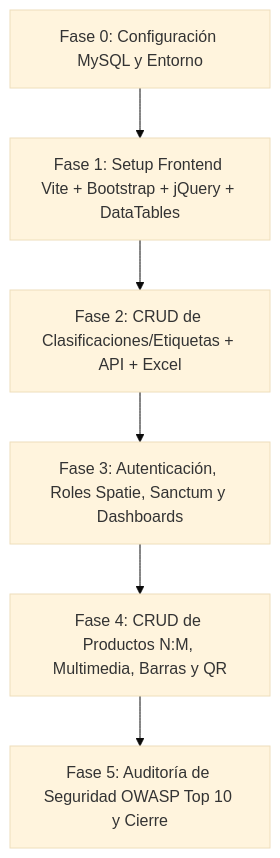
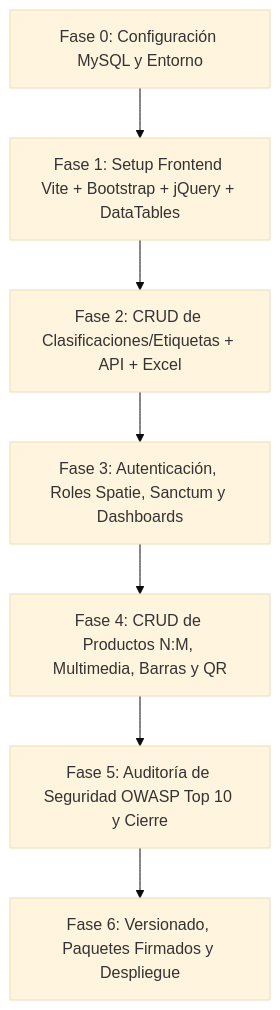
Before and after one commit to amendezm2009/proy03armando: the diagram in README.md, drawn with Mermaid (base theme). The commit also changed other lines of this file and 26 other files, not shown here.

````diff
--- a/README.md
+++ b/README.md
@@ -37,8 +37,9 @@
 ```mermaid
 flowchart TD
     F0[Fase 0: Configuración MySQL y Entorno] --> F1[Fase 1: Setup Frontend Vite + Bootstrap + jQuery + DataTables]
     F1 --> F2[Fase 2: CRUD de Clasificaciones/Etiquetas + API + Excel]
     F2 --> F3[Fase 3: Autenticación, Roles Spatie, Sanctum y Dashboards]
     F3 --> F4[Fase 4: CRUD de Productos N:M, Multimedia, Barras y QR]
     F4 --> F5[Fase 5: Auditoría de Seguridad OWASP Top 10 y Cierre]
+    F5 --> F6[Fase 6: Versionado, Paquetes Firmados y Despliegue]
 ```
````
